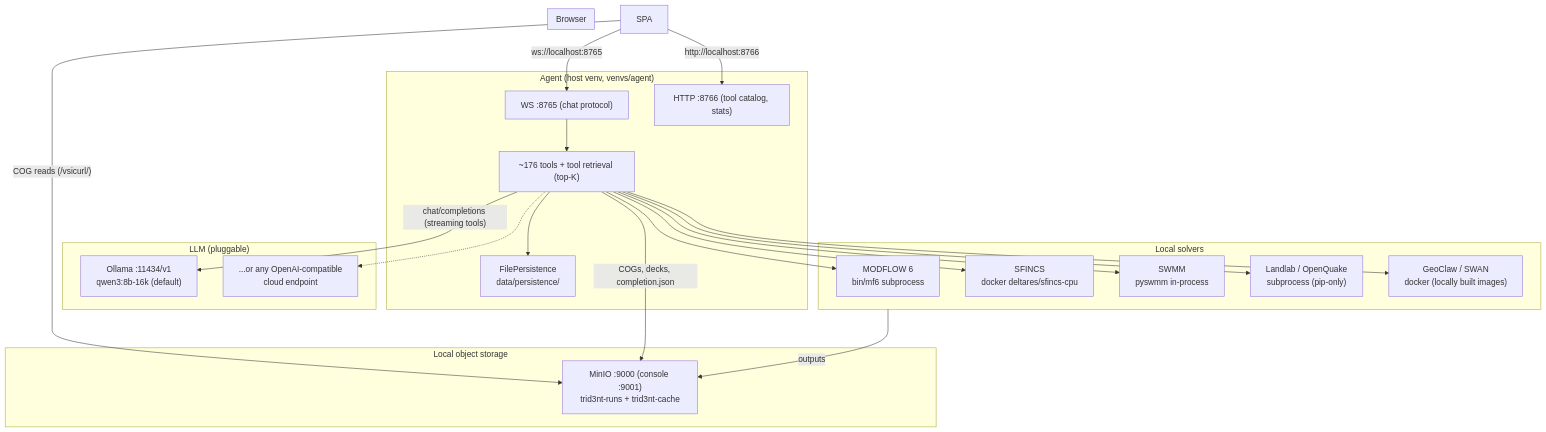
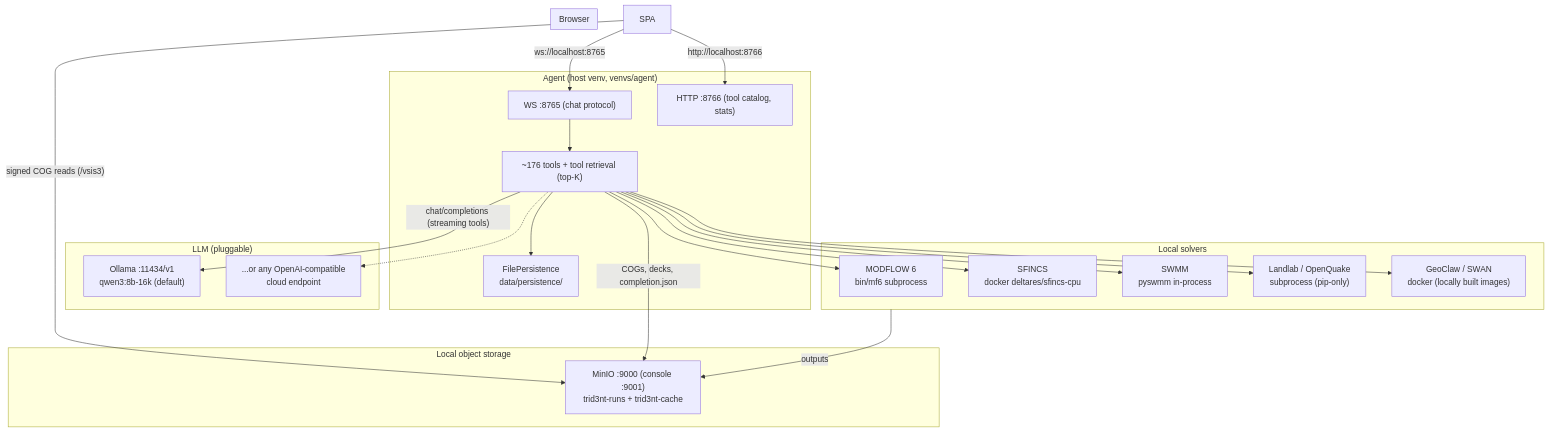
The diagram in docs/site/overview.md (double-r-squared/trid3nt-qgis-plugin), drawn with Mermaid before and after one commit. The commit also changed other lines of this file and 4 other files, not shown here.

````diff
--- a/docs/site/overview.md
+++ b/docs/site/overview.md
@@ -41,44 +41,44 @@
 ```mermaid
 graph TD
     subgraph Browser["Browser"]
     end
 
     subgraph Agent["Agent (host venv, venvs/agent)"]
         WS["WS :8765 (chat protocol)"]
         HTTP["HTTP :8766 (tool catalog, stats)"]
         Tools["~176 tools + tool retrieval (top-K)"]
         FP["FilePersistence\ndata/persistence/"]
     end
 
     subgraph LLM["LLM (pluggable)"]
         Ollama["Ollama :11434/v1\nqwen3:8b-16k (default)"]
         CloudAPI["...or any OpenAI-compatible\ncloud endpoint"]
     end
 
     subgraph Storage["Local object storage"]
         MinIO["MinIO :9000 (console :9001)\ntrid3nt-runs + trid3nt-cache"]
     end
 
     subgraph Solvers["Local solvers"]
         MF6["MODFLOW 6\nbin/mf6 subprocess"]
         SFINCS["SFINCS\ndocker deltares/sfincs-cpu"]
         SWMM["SWMM\npyswmm in-process"]
         Pip["Landlab / OpenQuake\nsubprocess (pip-only)"]
         Fortran["GeoClaw / SWAN\ndocker (locally built images)"]
     end
 
     SPA -- "ws://localhost:8765" --> WS
     SPA -- "http://localhost:8766" --> HTTP
-    SPA -- "COG reads (/vsicurl/)" --> MinIO
+    SPA -- "signed COG reads (/vsis3)" --> MinIO
     WS --> Tools
     Tools -- "chat/completions (streaming tools)" --> Ollama
     Tools -.-> CloudAPI
     Tools --> FP
     Tools -- "COGs, decks, completion.json" --> MinIO
     Tools --> MF6
     Tools --> SFINCS
     Tools --> SWMM
     Tools --> Pip
     Tools --> Fortran
     Solvers -- "outputs" --> MinIO
 ```
````
